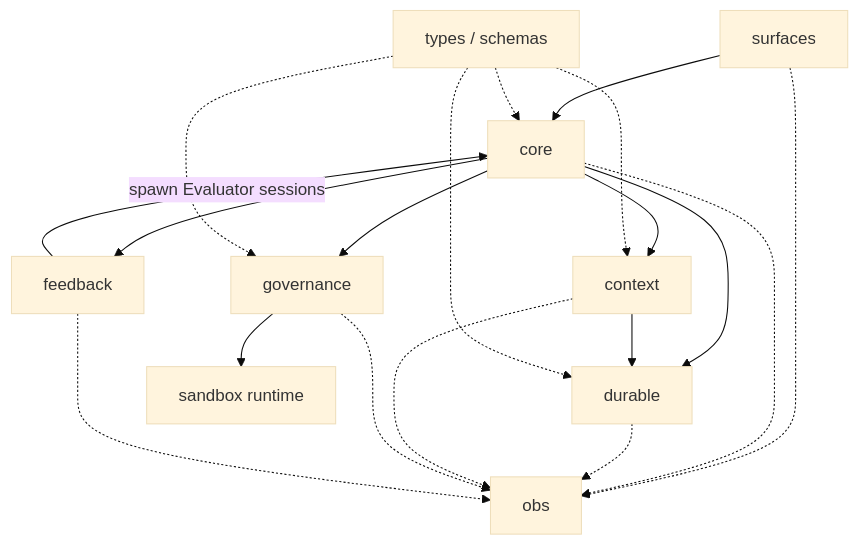
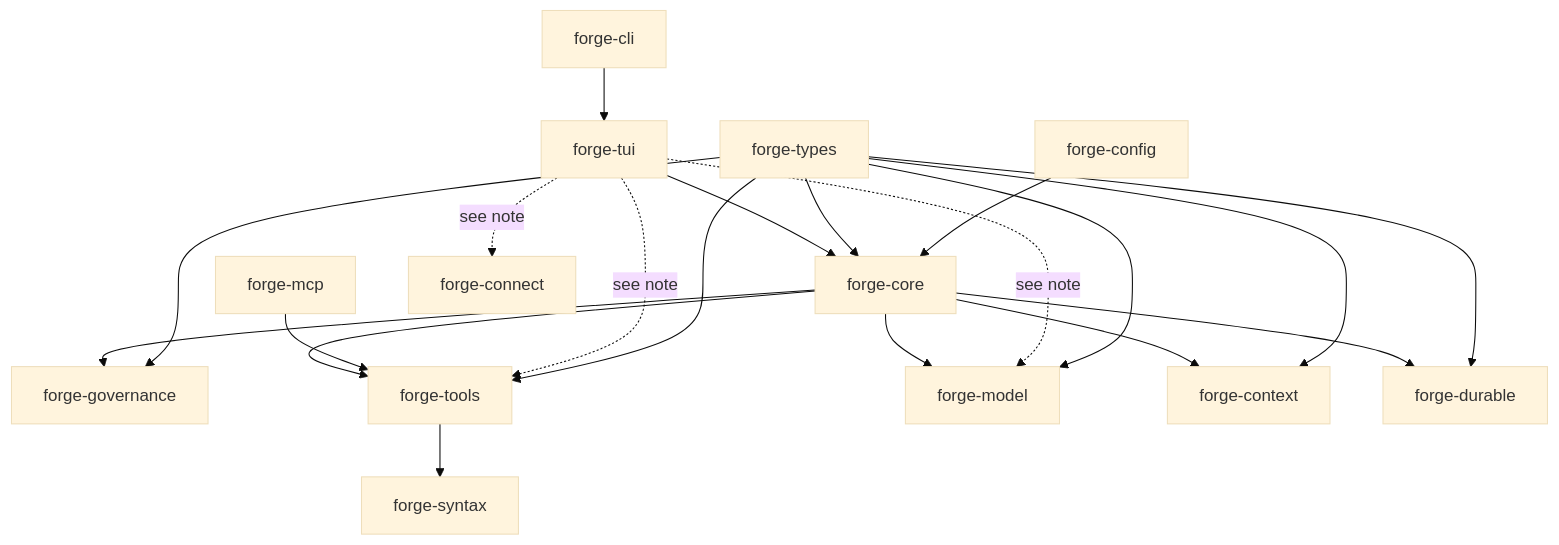
The first of 3 diagrams in docs/architecture.md (NorviaLabs/forge), drawn with Mermaid (base theme) before and after one commit. The commit also changed other lines of this file and 3 other files, not shown here.

First line of the commit message:
Rewrite architecture.md to describe the shipped implementation

````diff
--- a/docs/architecture.md
+++ b/docs/architecture.md
@@ -197,31 +81,36 @@
 ```mermaid
 flowchart TB
-  SUR["surfaces"]
-  CORE["core"]
-  DUR["durable"]
-  CTX["context"]
-  GOV["governance"]
-  FB["feedback"]
-  OBS["obs"]
-  SBX["sandbox runtime"]
-  TYPES["types / schemas"]
+  CLI["forge-cli"]
+  TUI["forge-tui"]
+  CORE["forge-core"]
+  GOV["forge-governance"]
+  TOOLS["forge-tools"]
+  MODEL["forge-model"]
+  MCP["forge-mcp"]
+  CTX["forge-context"]
+  DUR["forge-durable"]
+  CONNECT["forge-connect"]
+  SYNTAX["forge-syntax"]
+  TYPES["forge-types"]
+  CONFIG["forge-config"]
 
-  SUR --> CORE
+  CLI --> TUI
+  TUI --> CORE
+  CORE --> GOV
+  CORE --> TOOLS
+  CORE --> MODEL
+  CORE --> CTX
   CORE --> DUR
-  CORE --> CTX
-  CTX --> DUR
-  CORE --> GOV
-  GOV --> SBX
-  CORE --> FB
-  FB -->|"spawn Evaluator sessions"| CORE
-  SUR -.-> OBS
-  CORE -.-> OBS
-  DUR -.-> OBS
-  CTX -.-> OBS
-  GOV -.-> OBS
-  FB -.-> OBS
-  TYPES -.-> CORE
-  TYPES -.-> DUR
-  TYPES -.-> CTX
-  TYPES -.-> GOV
+  MCP --> TOOLS
+  TUI -.->|"see note"| TOOLS
+  TUI -.->|"see note"| MODEL
+  TUI -.->|"see note"| CONNECT
+  TOOLS --> SYNTAX
+  TYPES --> CORE
+  TYPES --> TOOLS
+  TYPES --> MODEL
+  TYPES --> DUR
+  TYPES --> GOV
+  TYPES --> CTX
+  CONFIG --> CORE
 ```
````
